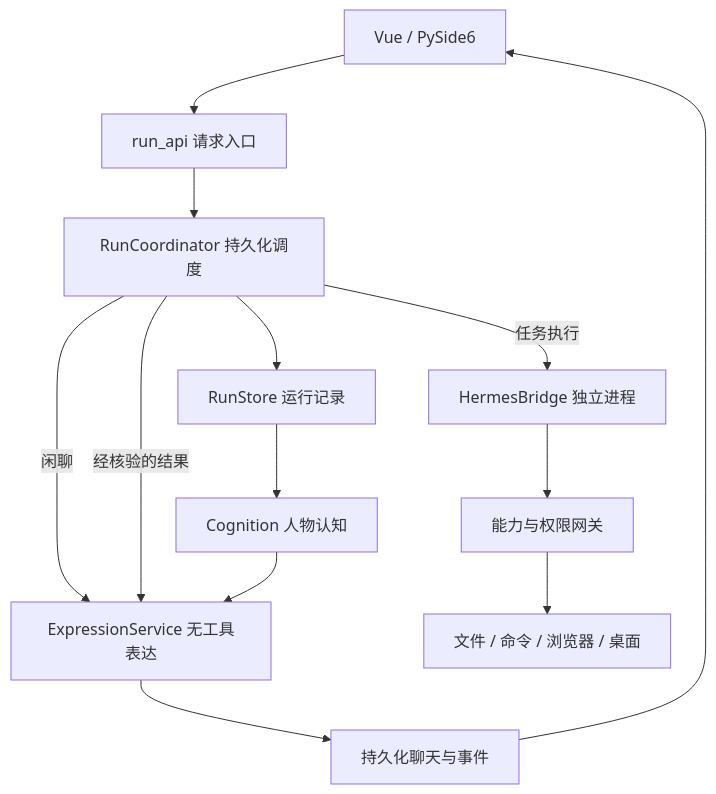
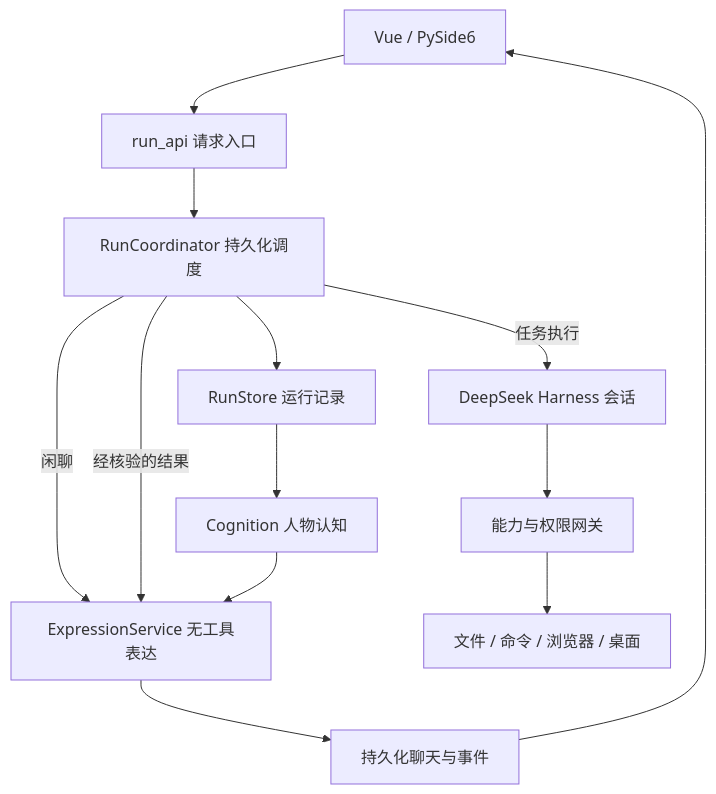
Before and after one commit to DustStarT/AzurJuus: the diagram in README.md, drawn with Mermaid. The commit also changed other lines of this file and 175 other files, not shown here.

````diff
--- a/README.md
+++ b/README.md
@@ -83,15 +102,15 @@
 ```mermaid
 flowchart TD
   UI[Vue / PySide6] --> API[run_api 请求入口]
   API --> C[RunCoordinator 持久化调度]
   C -->|闲聊| E[ExpressionService 无工具表达]
-  C -->|任务执行| H[HermesBridge 独立进程]
+  C -->|任务执行| H[DeepSeek Harness 会话]
   H --> G[能力与权限网关]
   G --> F[文件 / 命令 / 浏览器 / 桌面]
   C -->|经核验的结果| E
   E --> M[持久化聊天与事件]
   M --> UI
   C --> R[RunStore 运行记录]
   R --> N[Cognition 人物认知]
   N --> E
 ```
````
